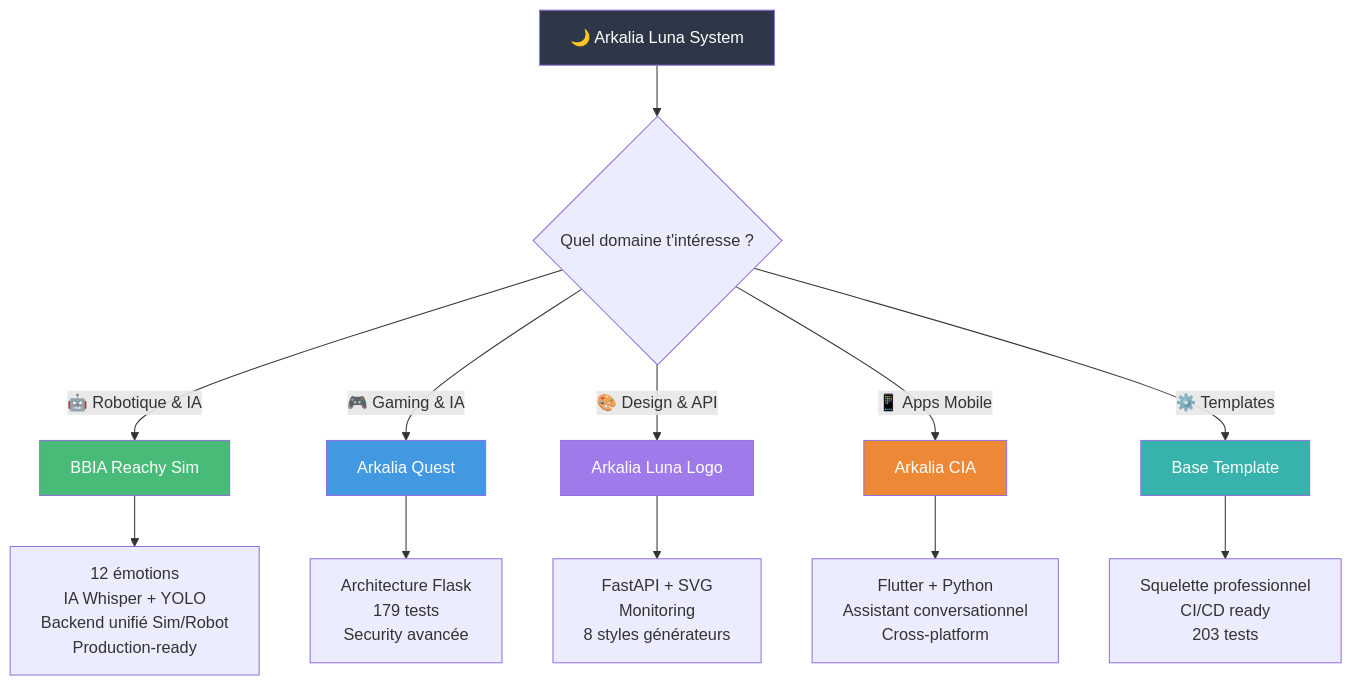
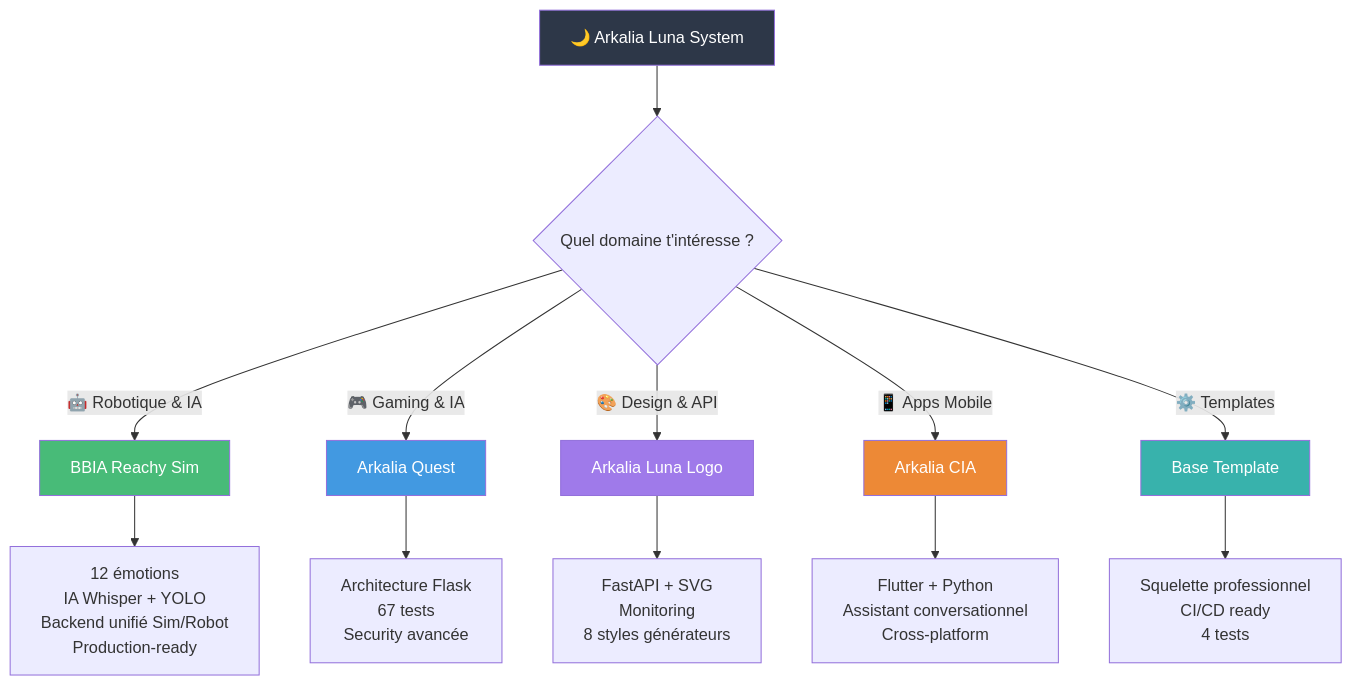
The diagram in README.md (arkalia-luna-system/arkalia-luna-system), drawn with Mermaid before and after one commit. The commit also changed other lines of this file, not shown here.

````diff
--- a/README.md
+++ b/README.md
@@ -220,23 +220,23 @@
 ```mermaid
 flowchart TD
     A[🌙 Arkalia Luna System] --> B{Quel domaine t'intéresse ?}
     
     B -->|🤖 Robotique & IA| E[BBIA Reachy Sim]
     B -->|🎮 Gaming & IA| C[Arkalia Quest]
     B -->|🎨 Design & API| D[Arkalia Luna Logo]
     B -->|📱 Apps Mobile| F[Arkalia CIA]
     B -->|⚙️ Templates| G[Base Template]
     
     E --> J[12 émotions<br/>IA Whisper + YOLO<br/>Backend unifié Sim/Robot<br/>Production-ready]
-    C --> H[Architecture Flask<br/>179 tests<br/>Security avancée]
+    C --> H[Architecture Flask<br/>67 tests<br/>Security avancée]
     D --> I[FastAPI + SVG<br/>Monitoring<br/>8 styles générateurs]
     F --> K[Flutter + Python<br/>Assistant conversationnel<br/>Cross-platform]
-    G --> L[Squelette professionnel<br/>CI/CD ready<br/>203 tests]
+    G --> L[Squelette professionnel<br/>CI/CD ready<br/>4 tests]
     
     style A fill:#2d3748,color:#ffffff
     style E fill:#48bb78,color:#ffffff
     style C fill:#4299e1,color:#ffffff
     style D fill:#9f7aea,color:#ffffff
     style F fill:#ed8936,color:#ffffff
     style G fill:#38b2ac,color:#ffffff
 ```
````
